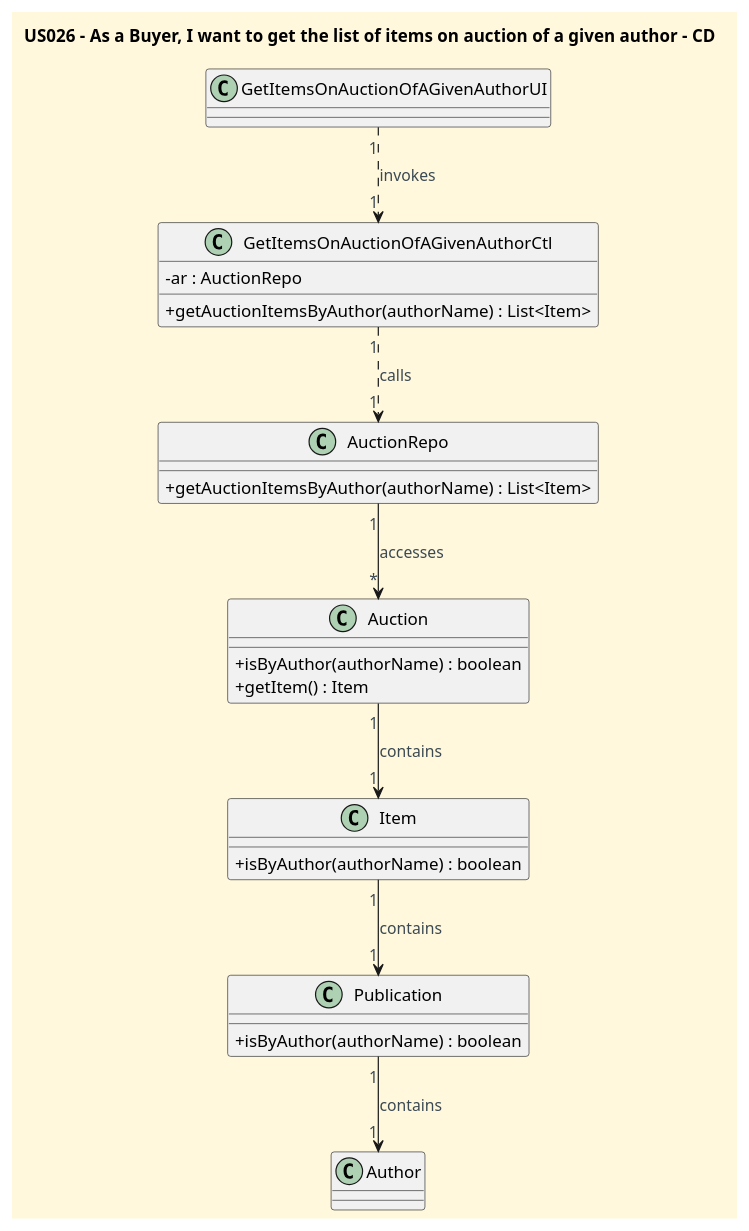
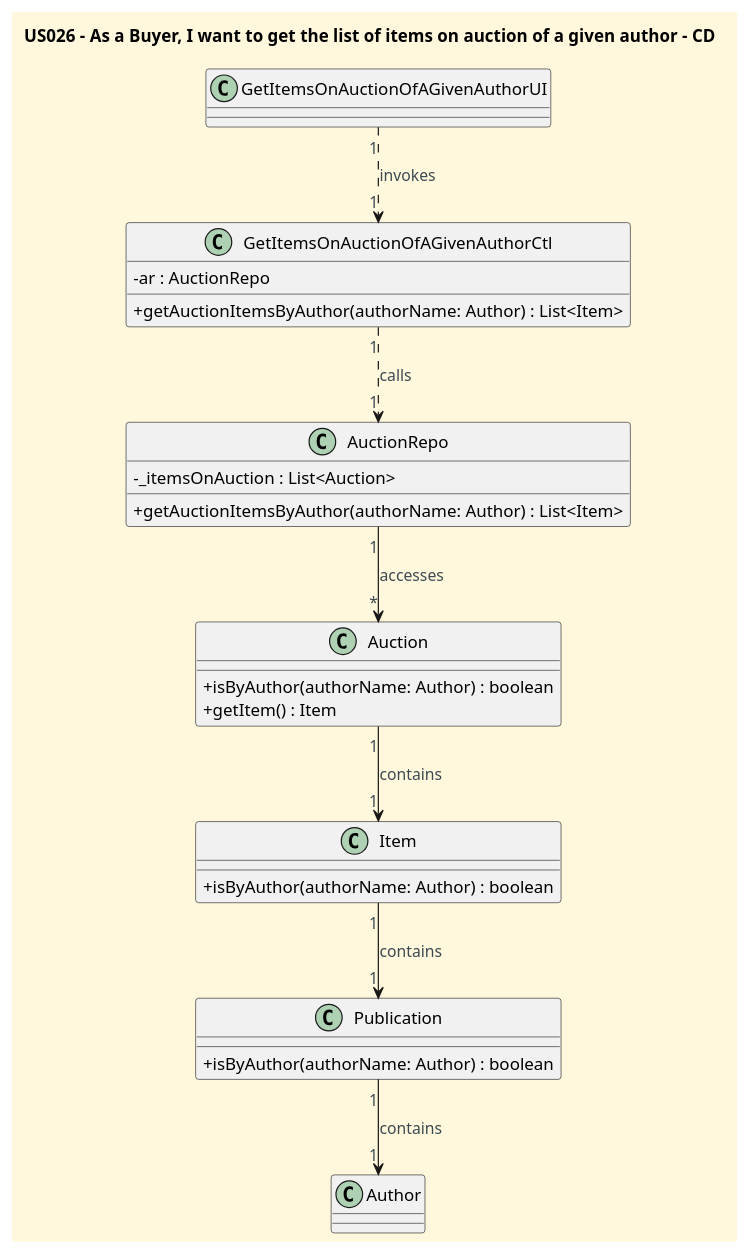
One commit to CarolinaLeite-collab/JavaMarketplacePlatform changed the diagram in docs/userStories/US026/US026_get_list_of_items_on_auction_of_given_author_CD_2.puml. Above: the diagram before and after it, drawn with PlantUML. The commit also changed 2 other files, not shown here.

```diff
--- a/docs/userStories/US026/US026_get_list_of_items_on_auction_of_given_author_CD_2.puml
+++ b/docs/userStories/US026/US026_get_list_of_items_on_auction_of_given_author_CD_2.puml
@@ -1,59 +1,60 @@
 @startuml
 'https://plantuml.com/class-diagram
 title US026 - As a Buyer, I want to get the list of items on auction of a given author - CD
 
 '==== basic style ====
 skinparam monochrome false
 skinparam shadowing false
 skinparam defaultFontName Futura
 skinparam objectFontSize 20
 skinparam backgroundColor CornSilk
 skinparam objectBackgroundColor WhiteSmoke
 skinparam noteBackgroundColor #FFFFE0
 skinparam ArrowFontColor #3B4953
 skinparam ActivationBackgroundColor black
 skinparam classAttributeIconSize 0
 
 
 class GetItemsOnAuctionOfAGivenAuthorUI {
 
 }
 
 class GetItemsOnAuctionOfAGivenAuthorCtl {
 - ar : AuctionRepo
-+ getAuctionItemsByAuthor(authorName) : List<Item>
++ getAuctionItemsByAuthor(authorName: Author) : List<Item>
 }
 
 class AuctionRepo {
-+ getAuctionItemsByAuthor(authorName) : List<Item>
+- _itemsOnAuction : List<Auction>
++ getAuctionItemsByAuthor(authorName: Author) : List<Item>
 }
 
 class Auction {
-+ isByAuthor(authorName) : boolean
++ isByAuthor(authorName: Author) : boolean
 + getItem() : Item
 }
 
 class Item {
 
-+ isByAuthor(authorName) : boolean
++ isByAuthor(authorName: Author) : boolean
 
 }
 
 class Publication {
 
-+ isByAuthor(authorName) : boolean
++ isByAuthor(authorName: Author) : boolean
 
 }
 
 class Author {
 
 }
 
 GetItemsOnAuctionOfAGivenAuthorUI "1" ..> "1" GetItemsOnAuctionOfAGivenAuthorCtl : invokes
 GetItemsOnAuctionOfAGivenAuthorCtl "1" ..> "1" AuctionRepo : calls
 AuctionRepo "1" --> "*" Auction : accesses
 Auction "1" --> "1" Item : contains
 Item "1" --> "1" Publication : contains
 Publication "1" --> "1" Author : contains
 
 @enduml
```
